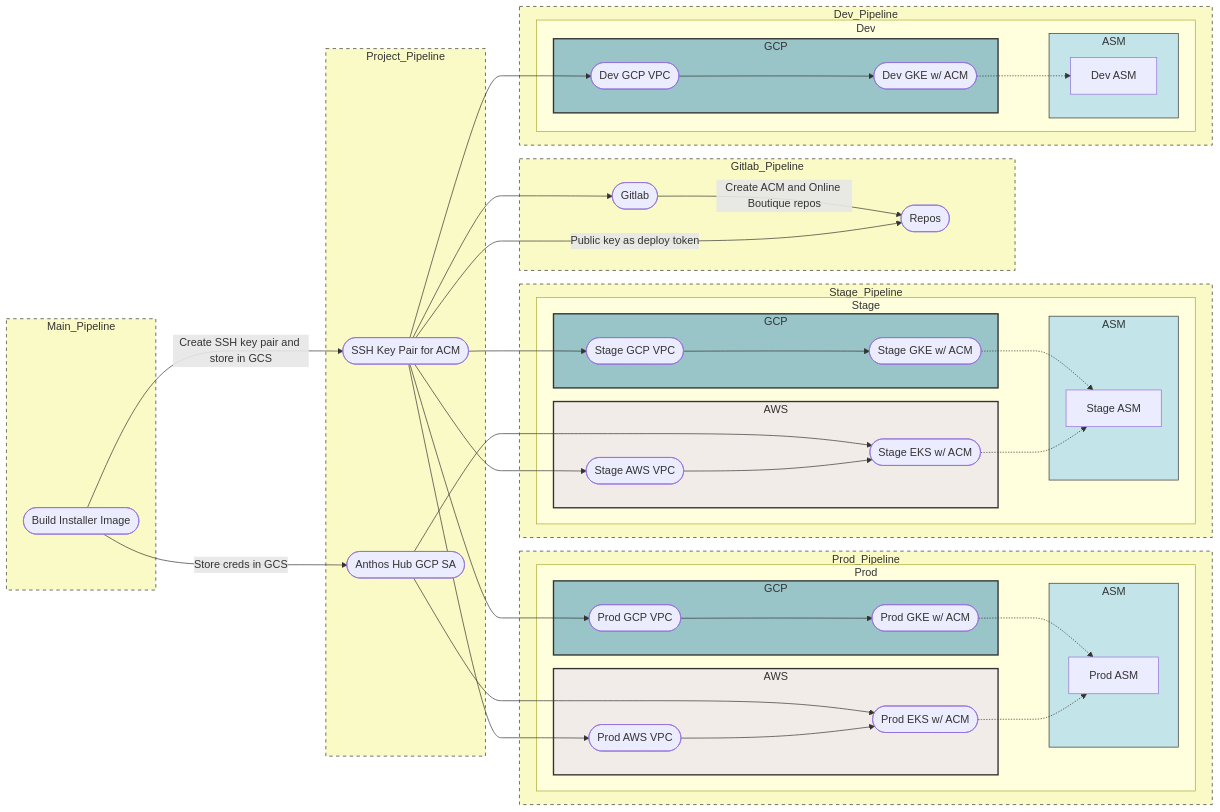
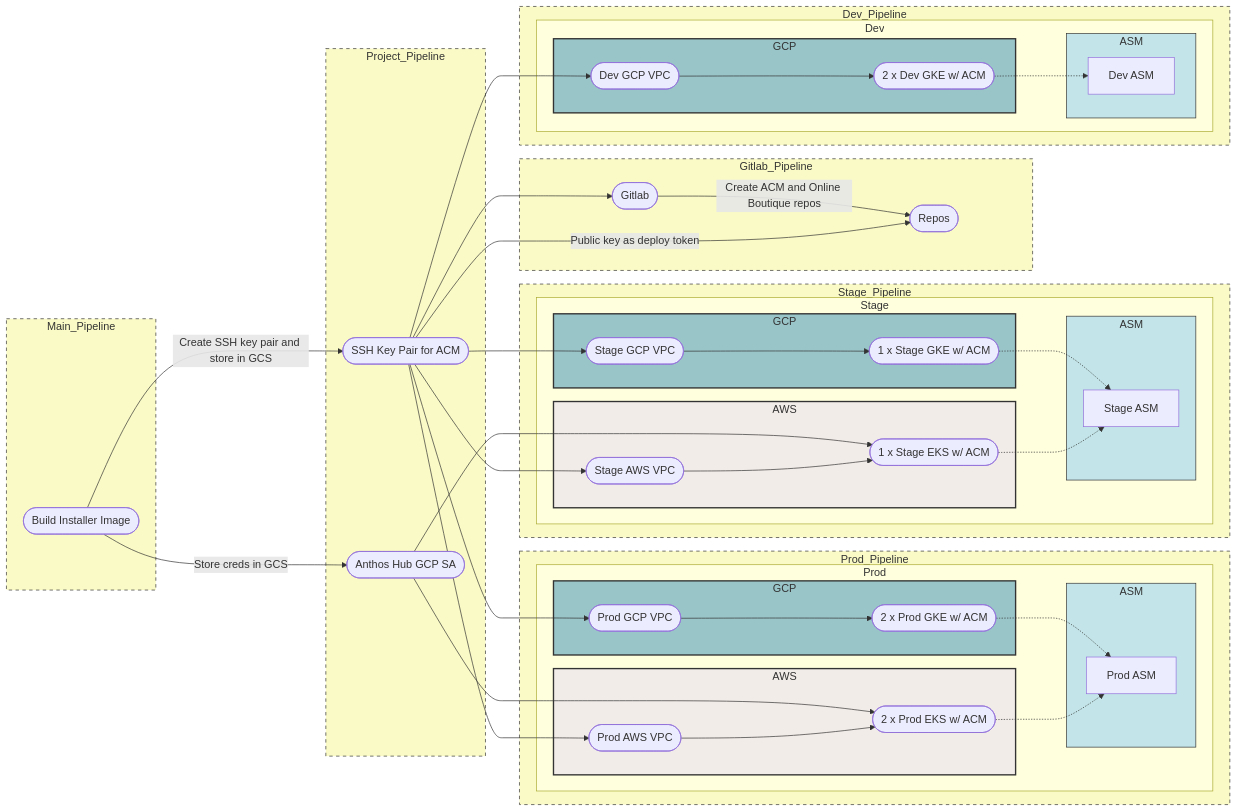
One commit to swalker-sada/anthos-practice changed the third of 4 diagrams in README.md. Above: the diagram before and after it, drawn with Mermaid.

```diff
--- a/README.md
+++ b/README.md
@@ -176,9 +176,9 @@
 prodgcpvpc([Prod GCP VPC])
 stagegcpvpc([Stage GCP VPC])
 devgcpvpc([Dev GCP VPC])
-prodgke([Prod GKE w/ ACM])
-stagegke([Stage GKE w/ ACM])
-devgke([Dev GKE w/ ACM])
+prodgke([2 x Prod GKE w/ ACM])
+stagegke([1 x Stage GKE w/ ACM])
+devgke([2 x Dev GKE w/ ACM])
 
 
 gitlab([Gitlab])
@@ -188,8 +188,8 @@
 
 prodawsvpc([Prod AWS VPC])
 stageawsvpc([Stage AWS VPC])
-prodeks([Prod EKS w/ ACM])
-stageeks([Stage EKS w/ ACM])
+prodeks([2 x Prod EKS w/ ACM])
+stageeks([1 x Stage EKS w/ ACM])
 
 prodasm[Prod ASM]
 stageasm[Stage ASM]
```
